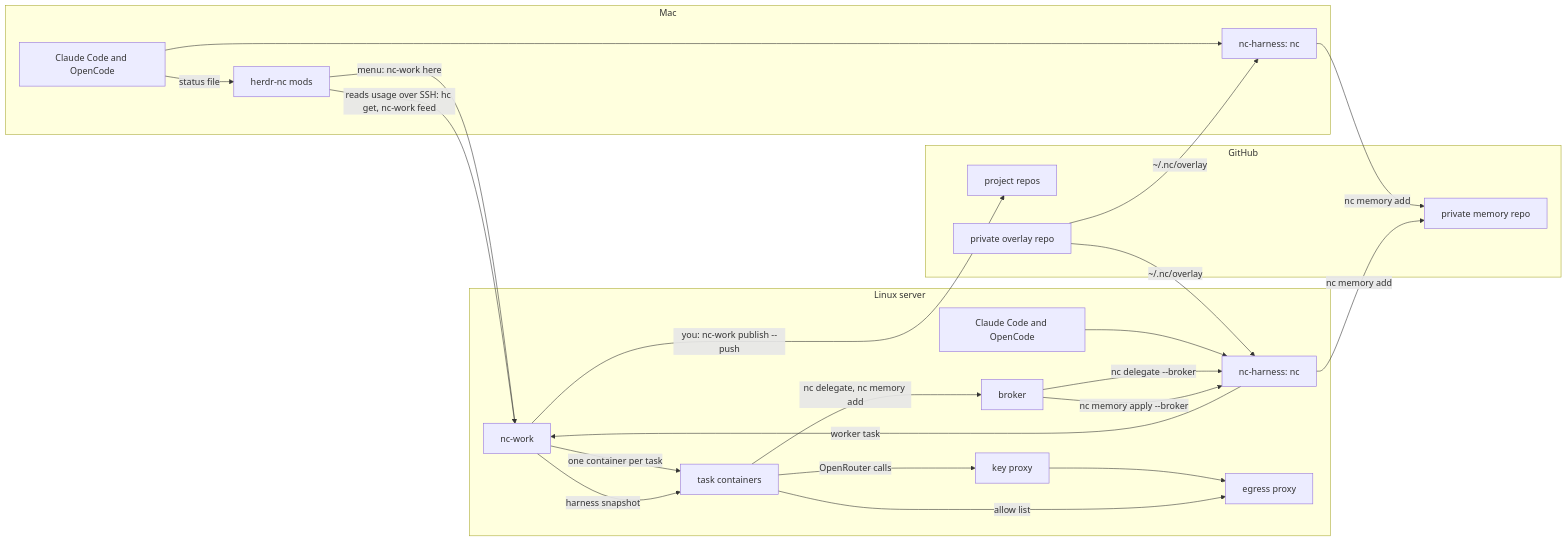
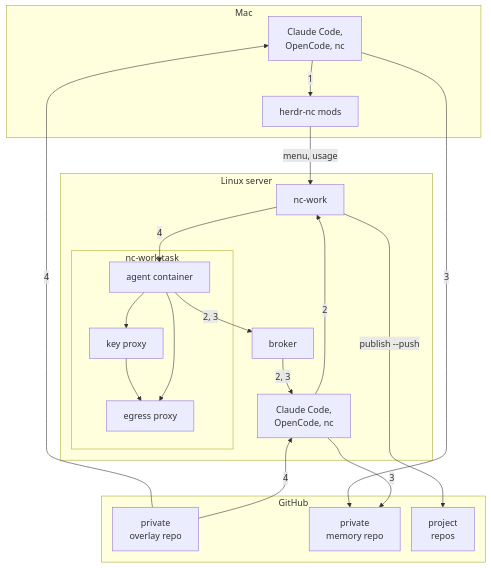
The diagram in README.md (iAmSerathion/iAmSerathion), drawn with Mermaid before and after one commit. The commit also changed other lines of this file, not shown here.

Commit message:
README: diagrams fit the page width

````diff
--- a/README.md
+++ b/README.md
@@ -13,41 +13,38 @@
 ```mermaid
-flowchart LR
+%%{init: {"flowchart": {"nodeSpacing": 20, "rankSpacing": 40}}}%%
+flowchart TB
   subgraph mac["Mac"]
+    AM["Claude Code,<br/>OpenCode, nc"]
     HC["herdr-nc mods"]
-    AM["Claude Code and OpenCode"]
-    NM["nc-harness: nc"]
   end
   subgraph server["Linux server"]
-    AS["Claude Code and OpenCode"]
-    NS["nc-harness: nc"]
+    AS["Claude Code,<br/>OpenCode, nc"]
     NW["nc-work"]
-    T["task containers"]
     BR["broker"]
-    KP["key proxy"]
-    EG["egress proxy"]
+    subgraph task["nc-work task"]
+      T["agent container"]
+      KP["key proxy"]
+      EG["egress proxy"]
+    end
   end
   subgraph gh["GitHub"]
-    PR["project repos"]
-    MEM["private memory repo"]
-    OV["private overlay repo"]
+    OV["private<br/>overlay repo"]
+    MEM["private<br/>memory repo"]
+    PR["project<br/>repos"]
   end
-  AM --> NM
-  AS --> NS
-  AM -->|"status file"| HC
-  HC -->|"menu: nc-work here"| NW
-  HC -->|"reads usage over SSH: hc get, nc-work feed"| NW
-  NW -->|"one container per task"| T
-  NW -->|"harness snapshot"| T
-  T -->|"nc delegate, nc memory add"| BR
-  BR -->|"nc delegate --broker"| NS
-  NS -->|"worker task"| NW
-  BR -->|"nc memory apply --broker"| NS
-  T -->|"OpenRouter calls"| KP
+  AM -->|"1"| HC
+  HC -->|"menu, usage"| NW
+  T -->|"2, 3"| BR
+  BR -->|"2, 3"| AS
+  AS -->|"2"| NW
+  AM -->|"3"| MEM
+  AS -->|"3"| MEM
+  OV -->|"4"| AM
+  OV -->|"4"| AS
+  NW -->|"4"| T
+  T --> KP
   KP --> EG
-  T -->|"allow list"| EG
-  NW -->|"you: nc-work publish --push"| PR
-  NM -->|"nc memory add"| MEM
-  NS -->|"nc memory add"| MEM
-  OV -->|"~/.nc/overlay"| NM
-  OV -->|"~/.nc/overlay"| NS
+  T --> EG
+  NW -->|"publish --push"| PR
+  AS ~~~ OV
 ```
````
